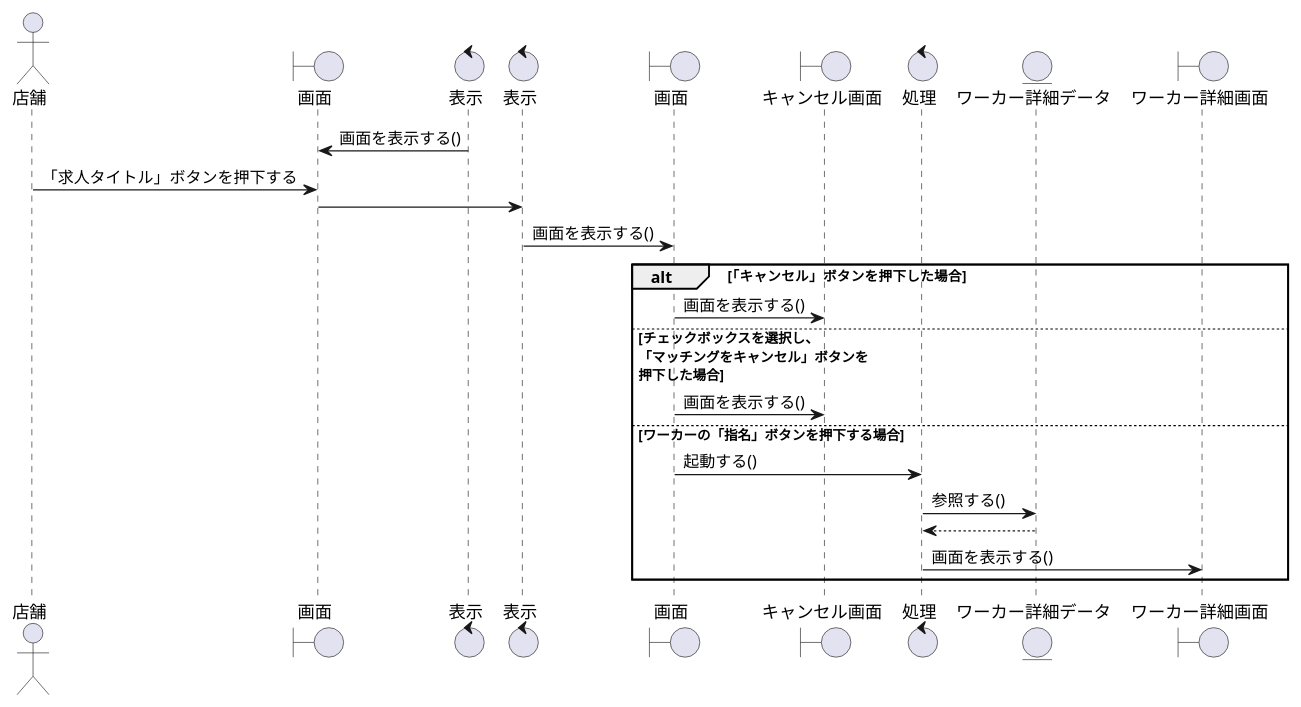
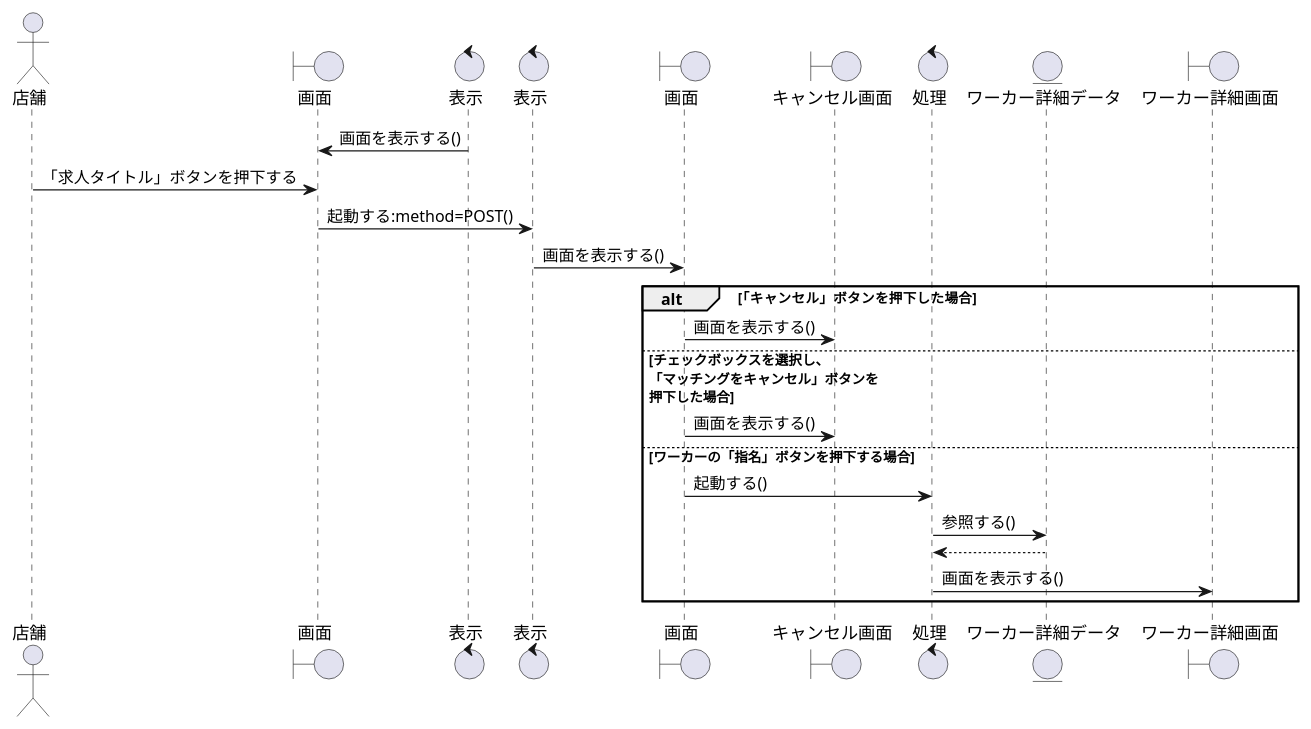
One commit to irukacb256/high_Me changed the diagram in sequence_fig/8_storeside_fn/04_マッチングしたワーカーの確認をする.pu. Above: the diagram before and after it, drawn with PlantUML. The commit also changed 11 other files, not shown here.

```diff
--- a/sequence_fig/8_storeside_fn/04_マッチングしたワーカーの確認をする.pu
+++ b/sequence_fig/8_storeside_fn/04_マッチングしたワーカーの確認をする.pu
@@ -1,32 +1,32 @@
 @startuml マッチングしたワーカーの確認をする
-'制作中
+
 actor 店舗 as cp1
 boundary 画面 as b1
 control 表示 as co1
 control 表示 as co2
 boundary 画面 as b2
 boundary キャンセル画面 as b3
 control 処理 as co3
-entity ワーカー詳細データ as e1
+entity ワーカー詳細データ as en1
 boundary ワーカー詳細画面 as b4
 
 b1 <- co1 :画面を表示する()
 cp1 -> b1 :「求人タイトル」ボタンを押下する
-b1 -> co2 
+b1 -> co2 :起動する:method=POST()
 co2 -> b2 :画面を表示する()
-    alt 「キャンセル」ボタンを押下した場合
-    b2 -> b3 :画面を表示する()
-    else チェックボックスを選択し、\n「マッチングをキャンセル」ボタンを\n押下した場合
-    b2 -> b3 :画面を表示する()
 
+alt 「キャンセル」ボタンを押下した場合
+b2 -> b3 :画面を表示する()
 
-    else ワーカーの「指名」ボタンを押下する場合
-    b2 -> co3 :起動する()
-    co3 -> e1 :参照する()
-    co3 <-- e1 
-    co3 -> b4 :画面を表示する()
+else チェックボックスを選択し、\n「マッチングをキャンセル」ボタンを\n押下した場合
+b2 -> b3 :画面を表示する()
+
+else ワーカーの「指名」ボタンを押下する場合
+b2 -> co3 :起動する()
+co3 -> en1 :参照する()
+co3 <-- en1 
+co3 -> b4 :画面を表示する()
 
 end
     
-
 @enduml
```
